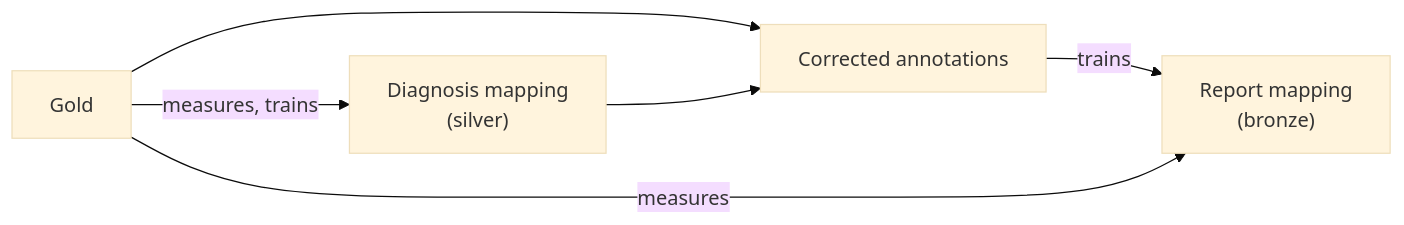
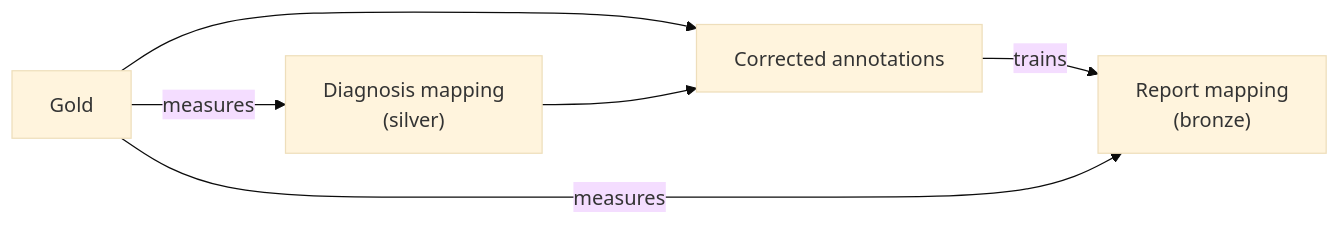
One commit to YugrajD/UC-Davis-VMTH-Cancer-Registry changed the third of 6 diagrams in ml/documentation/concepts/icd-mapping-strategy.md. Above: the diagram before and after it, drawn with Mermaid (base theme). The commit also changed other lines of this file and 96 other files, not shown here.

Commit message:
Reorganize ML docs into concepts/how-to/reference/history with Mermaid diagrams, experiment records and a docs checker test

````diff
--- a/ml/documentation/concepts/icd-mapping-strategy.md
+++ b/ml/documentation/concepts/icd-mapping-strategy.md
@@ -148,8 +120,8 @@
 ```mermaid
 flowchart LR
-    G["Gold"] -- "measures, trains" --> S["Diagnosis mapping<br/>(silver)"]
-    G --> C["Corrected annotations"]
-    S --> C
-    C -- "trains" --> B["Report mapping<br/>(bronze)"]
-    G -- "measures" --> B
+    g["Gold"] -- "measures" --> s["Diagnosis mapping<br>(silver)"]
+    g --> c["Corrected annotations"]
+    s --> c
+    c -- "trains" --> b["Report mapping<br>(bronze)"]
+    g -- "measures" --> b
 ```
````
